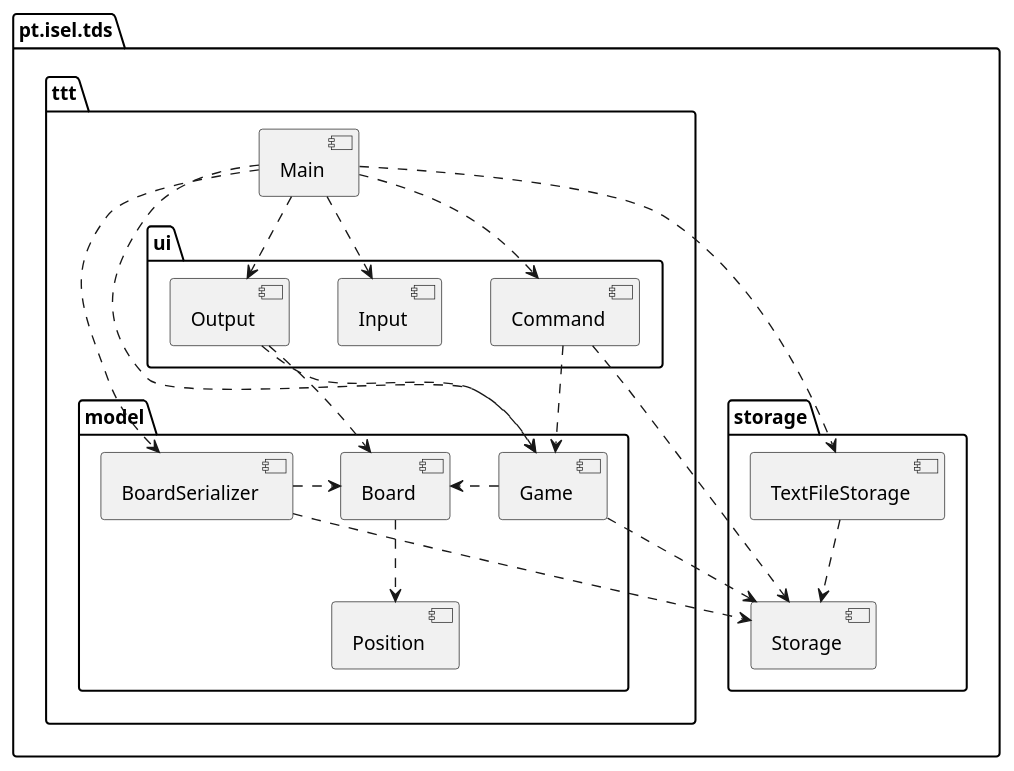
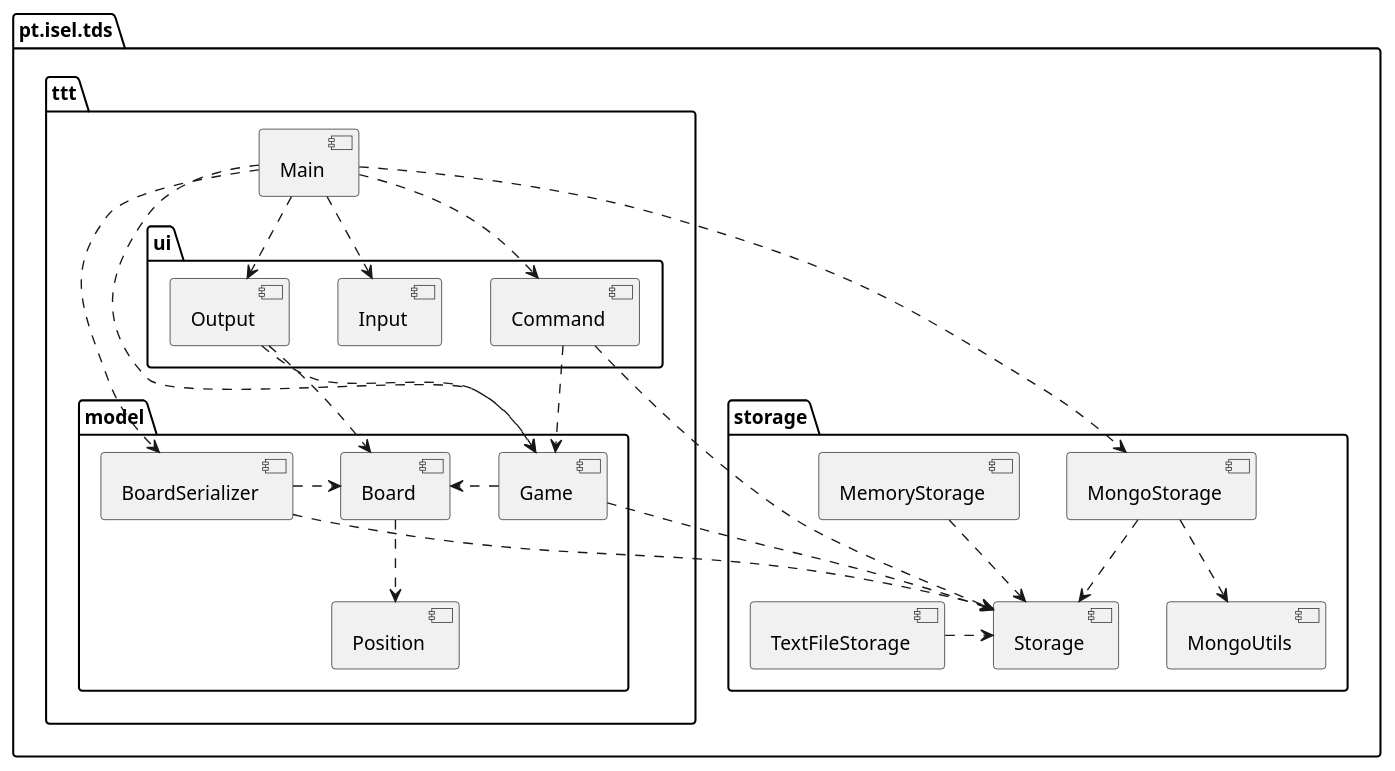
The diagram in Galo/src/Components.puml (isel-leic-tds/2223v.31n), drawn with PlantUML before and after one commit. The commit also changed 6 other files, not shown here.

```diff
--- a/Galo/src/Components.puml
+++ b/Galo/src/Components.puml
@@ -1,43 +1,53 @@
 @startuml
+
+skinparam backgroundcolor transparent
 
 package tds as "pt.isel.tds" {
     package storage {
         [Storage]
         [TextFileStorage]
+        [MemoryStorage]
+        [MongoStorage]
+        [MongoUtils]
     }
     package ttt {
         package model  {
             [Game]
             [Board]
             [Position]
             [BoardSerializer]
         }
         package ui {
             [Command]
             [Input]
             [Output]
         }
         [Main]
     }
 }
 
-Game .right.> Board
+Game .> Board
 Board ..> Position
 
 Main ..> Command
 Main ..> Input
 Main ..> Output
 Main ..> Game
 Command .> Game
 Output ..> Game
 Output ..> Board
 
-TextFileStorage ..> Storage
+TextFileStorage .> Storage
 BoardSerializer ..> Storage
-BoardSerializer .right.> Board
+BoardSerializer .> Board
 
 Main ..> BoardSerializer
-Main ..> TextFileStorage
+'Main ..> TextFileStorage
+Main ..> MongoStorage
 Command ..> Storage
 Game ..> Storage
+
+MemoryStorage ..> Storage
+MongoStorage ..> Storage
+MongoStorage ..> MongoUtils
 @enduml
```
